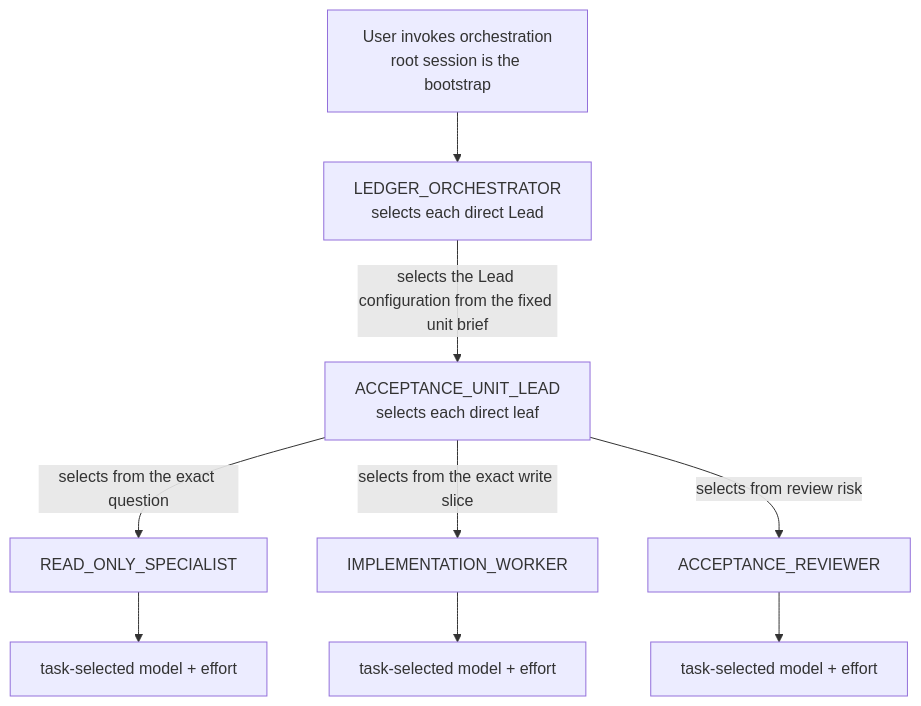
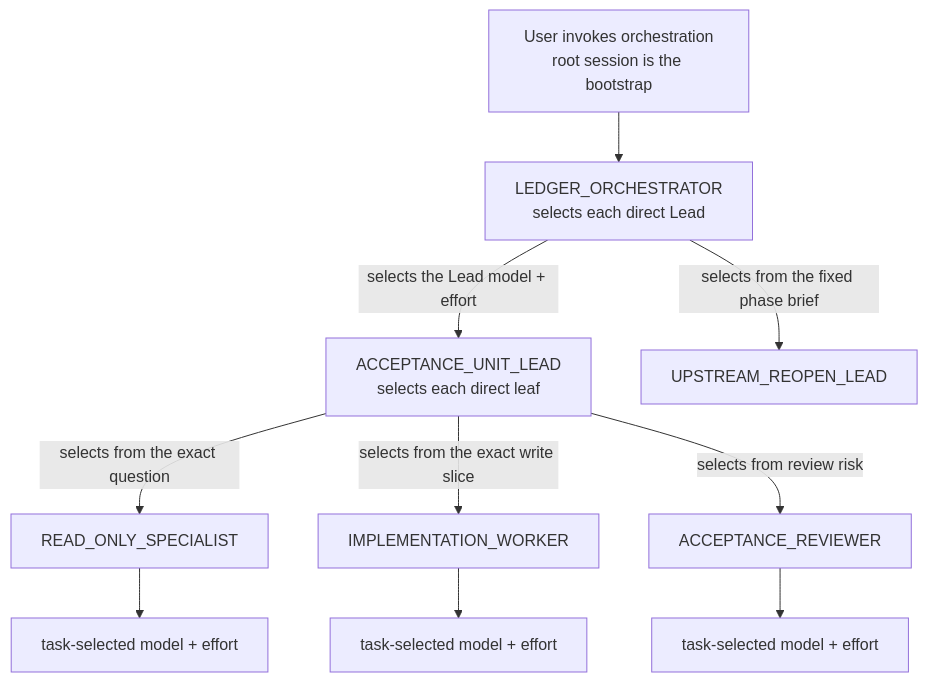
The diagram in docs/agent-harness.md (Dankosik/go-service-template-rest), drawn with Mermaid before and after one commit. The commit also changed other lines of this file and 399 other files, not shown here.

````diff
--- a/docs/agent-harness.md
+++ b/docs/agent-harness.md
@@ -210,21 +302,23 @@
 ```mermaid
 flowchart TD
     launch["User invokes orchestration<br/>root session is the bootstrap"]
     orchestrator["LEDGER_ORCHESTRATOR<br/>selects each direct Lead"]
     lead["ACCEPTANCE_UNIT_LEAD<br/>selects each direct leaf"]
+    reopen["UPSTREAM_REOPEN_LEAD"]
     specialist["READ_ONLY_SPECIALIST"]
     worker["IMPLEMENTATION_WORKER"]
     reviewer["ACCEPTANCE_REVIEWER"]
     specialist_tier["task-selected model + effort"]
     worker_tier["task-selected model + effort"]
     reviewer_tier["task-selected model + effort"]
 
     launch --> orchestrator
-    orchestrator -->|"selects the Lead configuration from the fixed unit brief"| lead
+    orchestrator -->|"selects the Lead model + effort"| lead
+    orchestrator -->|"selects from the fixed phase brief"| reopen
     lead -->|"selects from the exact question"| specialist
     lead -->|"selects from the exact write slice"| worker
     lead -->|"selects from review risk"| reviewer
     specialist --> specialist_tier
     worker --> worker_tier
     reviewer --> reviewer_tier
 ```
````
